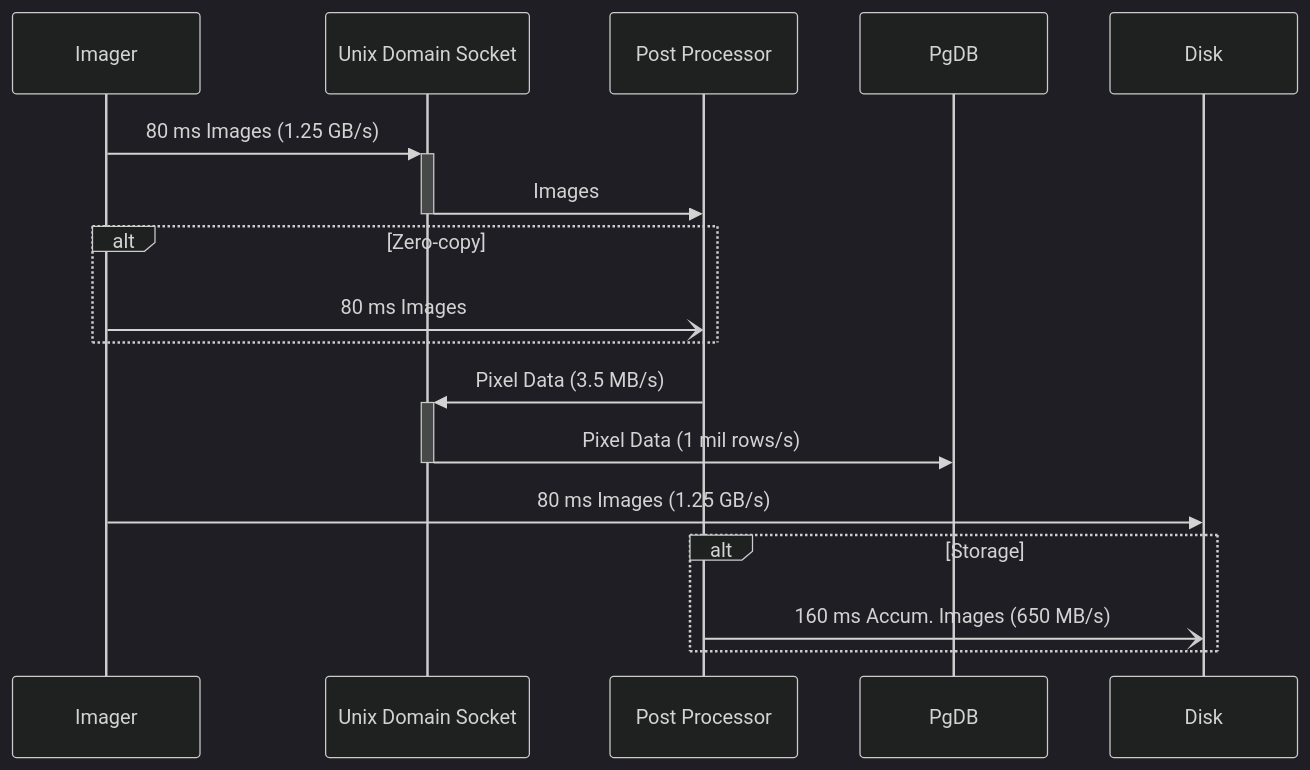
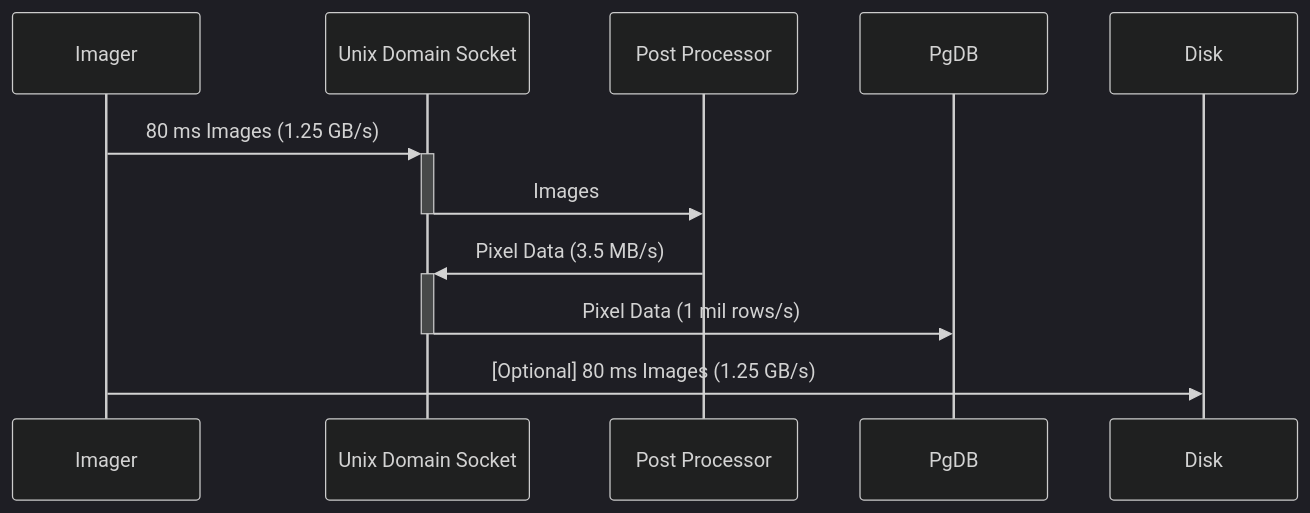
One commit to epic-astronomy/Memos changed the first of 2 diagrams in PDFs/010_EPIC_Imager_Data_Management.md. Above: the diagram before and after it, drawn with Mermaid (dark theme).

Commit message:
Corrected figure 1

````diff
--- a/PDFs/010_EPIC_Imager_Data_Management.md
+++ b/PDFs/010_EPIC_Imager_Data_Management.md
@@ -19,17 +19,10 @@
 ```mermaid
 sequenceDiagram
-%%Imager->>Disk: 160 ms Accumulated Images (650 MB/s)
-%%par
    Imager->>+Unix Domain Socket: 80 ms Images (1.25 GB/s)
    Unix Domain Socket->>-Post Processor: Images
-   %%end
-   alt Zero-copy
-   Imager-)Post Processor: 80 ms Images 
-    end
+
    Post Processor->>+Unix Domain Socket: Pixel Data (3.5 MB/s)
    Unix Domain Socket->>-PgDB: Pixel Data (1 mil rows/s)
-      Imager->>Disk: 80 ms Images (1.25 GB/s)
-      alt Storage
-   Post Processor-)Disk: 160 ms Accum. Images (650 MB/s)
-   end
+      Imager->>Disk: [Optional] 80 ms Images (1.25 GB/s)
+
 ```
````
